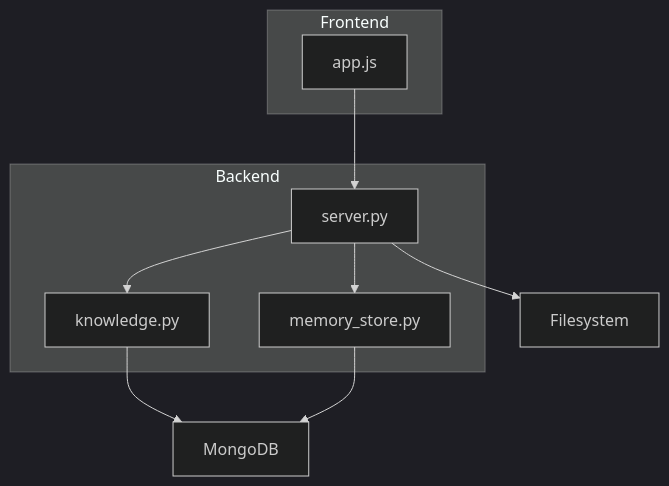
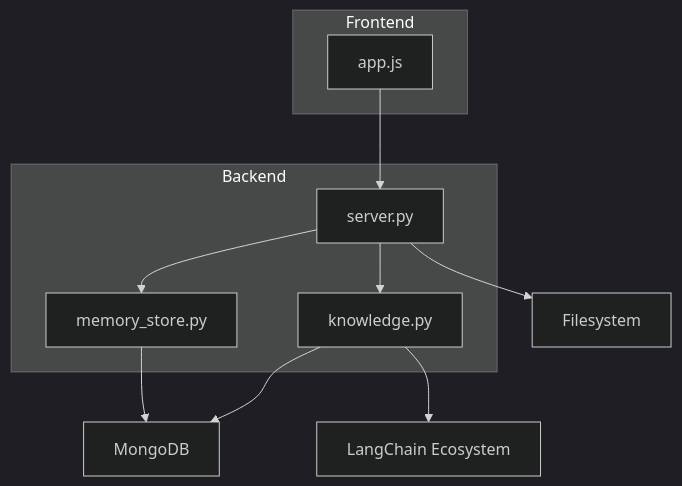
The third of 3 diagrams in .qoder/repowiki/en/content/Backend Components/HTTP Server and API Endpoints/Attachment Upload and Management.md (Sovetsky-Soyuz/AI-Assistant), drawn with Mermaid (dark theme) before and after one commit. The commit also changed other lines of this file and 14 other files, not shown here.

````diff
--- a/.qoder/repowiki/en/content/Backend Components/HTTP Server and API Endpoints/Attachment Upload and Management.md
+++ b/.qoder/repowiki/en/content/Backend Components/HTTP Server and API Endpoints/Attachment Upload and Management.md
@@ -275,19 +314,21 @@
 ```mermaid
 graph TB
 subgraph "Backend"
 S["server.py"]
 K["knowledge.py"]
 M["memory_store.py"]
 end
 subgraph "Frontend"
 F["app.js"]
 end
 DB["MongoDB"]
 FS["Filesystem"]
+LC["LangChain Ecosystem"]
 F --> S
 S --> M
 S --> K
 K --> DB
+K --> LC
 M --> DB
 S --> FS
 ```
````
